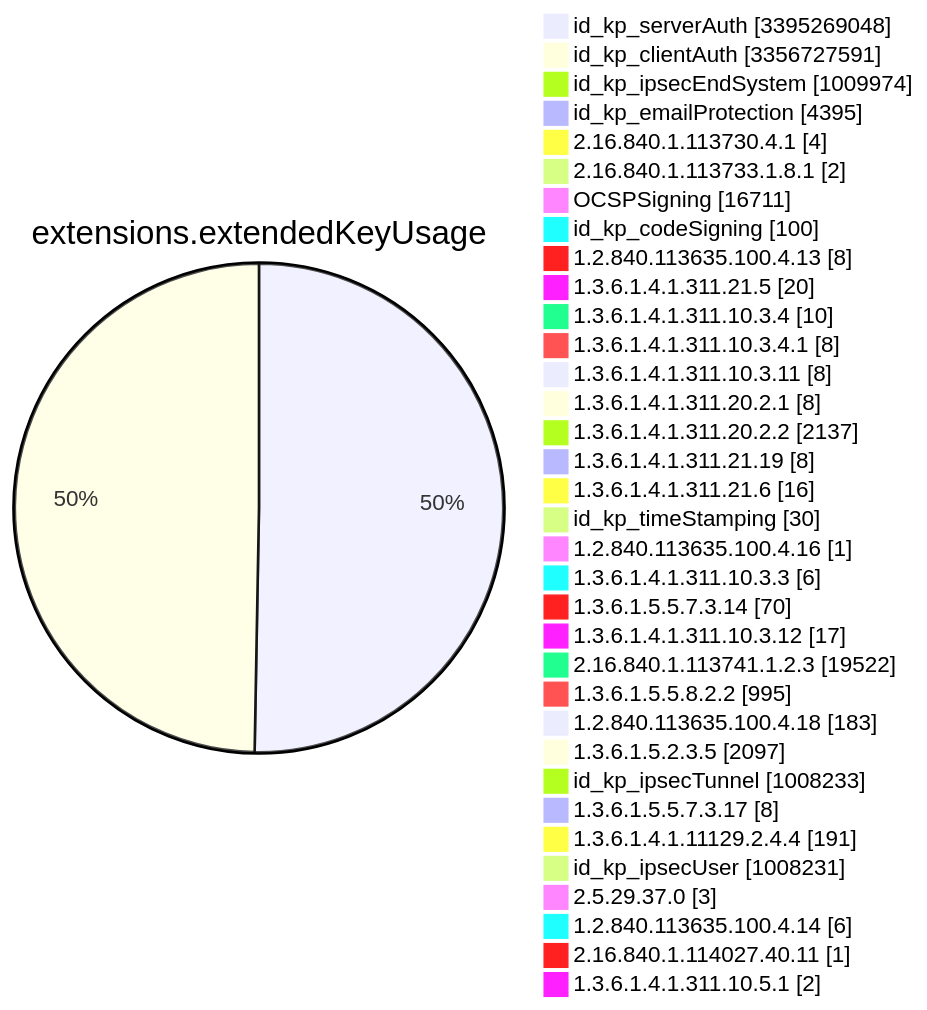
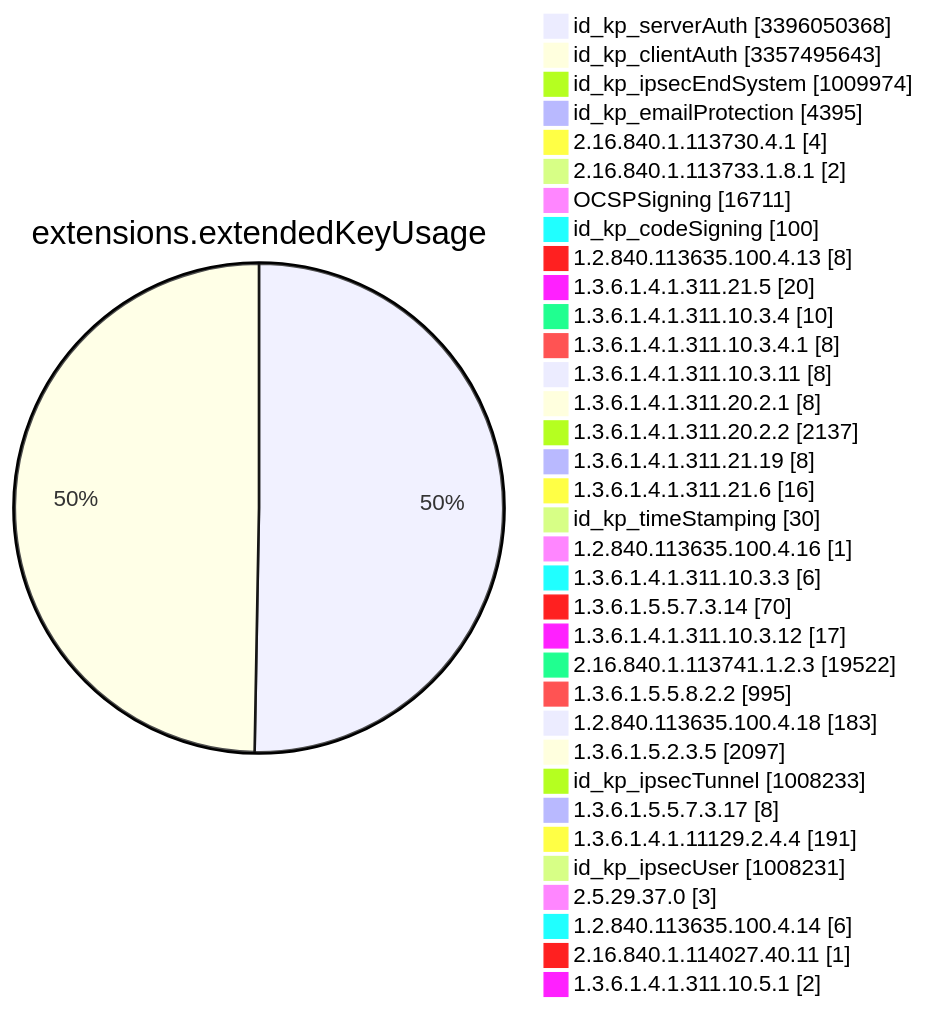
Before and after one commit to christiankrug/ctmonitor_visualization: diagram 11 of 15 in TOTAL/README.md, drawn with Mermaid. The commit also changed other lines of this file, not shown here.

````diff
--- a/TOTAL/README.md
+++ b/TOTAL/README.md
@@ -4121,38 +4121,38 @@
 ```mermaid
 pie showData
 title extensions.extendedKeyUsage
-"id_kp_serverAuth" :3395269048
-"id_kp_clientAuth" :3356727591
+"id_kp_serverAuth" :3396050368
+"id_kp_clientAuth" :3357495643
 "id_kp_ipsecEndSystem" :1009974
 "id_kp_emailProtection" :4395
 "2.16.840.1.113730.4.1" :4
 "2.16.840.1.113733.1.8.1" :2
 "OCSPSigning" :16711
 "id_kp_codeSigning" :100
 "1.2.840.113635.100.4.13" :8
 "1.3.6.1.4.1.311.21.5" :20
 "1.3.6.1.4.1.311.10.3.4" :10
 "1.3.6.1.4.1.311.10.3.4.1" :8
 "1.3.6.1.4.1.311.10.3.11" :8
 "1.3.6.1.4.1.311.20.2.1" :8
 "1.3.6.1.4.1.311.20.2.2" :2137
 "1.3.6.1.4.1.311.21.19" :8
 "1.3.6.1.4.1.311.21.6" :16
 "id_kp_timeStamping" :30
 "1.2.840.113635.100.4.16" :1
 "1.3.6.1.4.1.311.10.3.3" :6
 "1.3.6.1.5.5.7.3.14" :70
 "1.3.6.1.4.1.311.10.3.12" :17
 "2.16.840.1.113741.1.2.3" :19522
 "1.3.6.1.5.5.8.2.2" :995
 "1.2.840.113635.100.4.18" :183
 "1.3.6.1.5.2.3.5" :2097
 "id_kp_ipsecTunnel" :1008233
 "1.3.6.1.5.5.7.3.17" :8
 "1.3.6.1.4.1.11129.2.4.4" :191
 "id_kp_ipsecUser" :1008231
 "2.5.29.37.0" :3
 "1.2.840.113635.100.4.14" :6
 "2.16.840.1.114027.40.11" :1
 "1.3.6.1.4.1.311.10.5.1" :2
 ```
````
